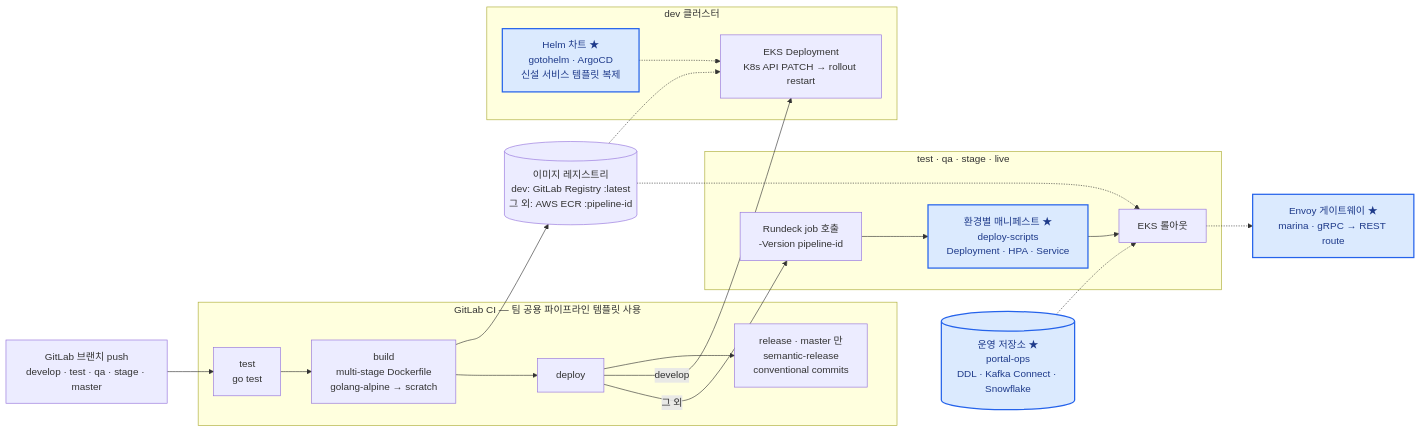
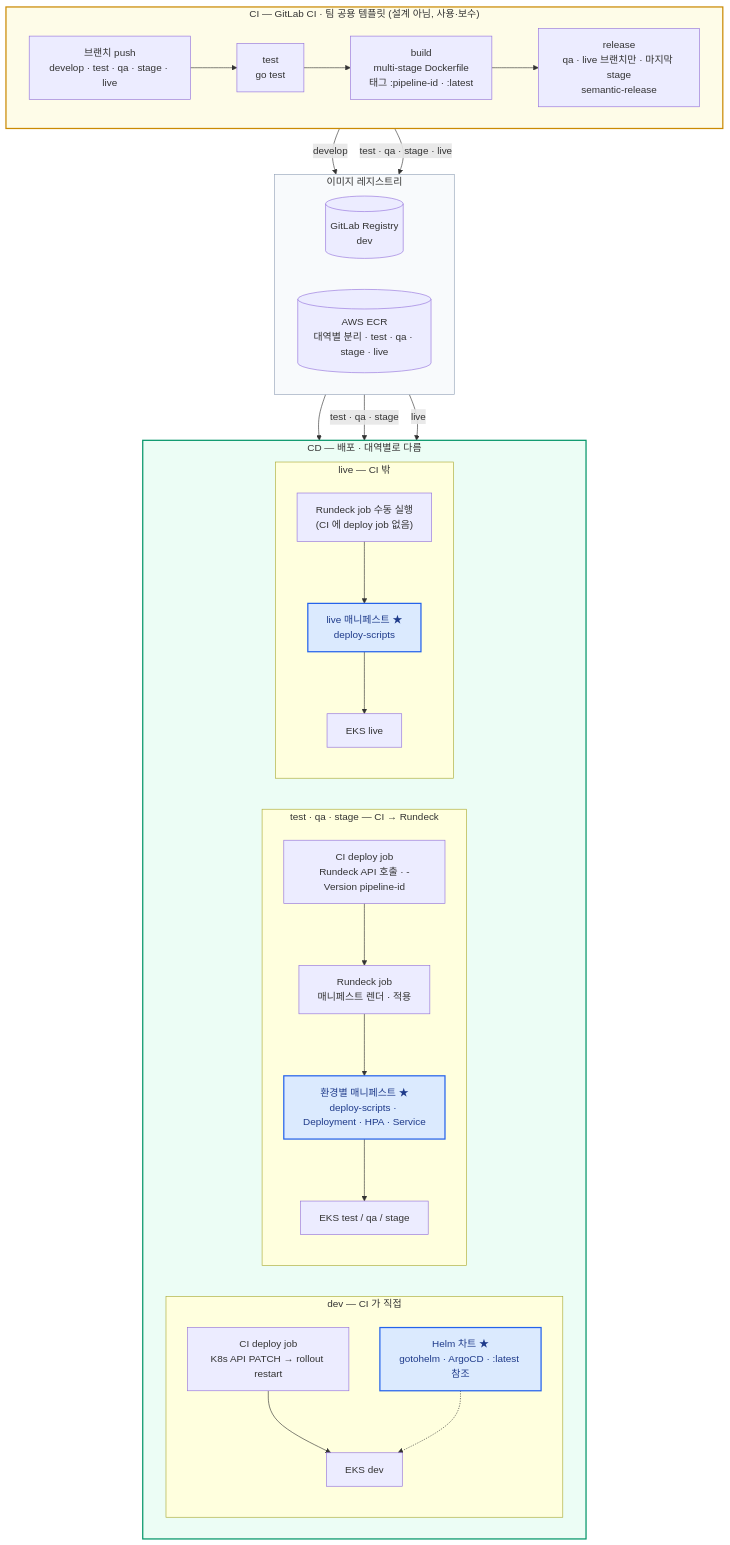
Before and after one commit to shalwxy/career: the diagram in content/diagrams/cicd.mmd, drawn with Mermaid. The commit also changed 6 other files, not shown here.

Commit message:
CI/CD 도식: CI/CD 영역 구분, 대역별 흐름 재검증 반영 (live 는 CI 밖 Rundeck, test·qa·stage 는 CI→Rundeck, dev 는 CI→K8s API)

```diff
--- a/content/diagrams/cicd.mmd
+++ b/content/diagrams/cicd.mmd
@@ -1,33 +1,52 @@
-%% title: CI/CD — 브랜치 push 부터 EKS 롤아웃까지 (팀 공용 파이프라인 · ★ = 기존 패턴을 복제해 직접 추가·보수한 설정)
-%% title_en: CI/CD — from branch push to EKS rollout (team pipeline · ★ = config I added or maintained by copying existing patterns)
-flowchart LR
-    BR[GitLab 브랜치 push<br/>develop · test · qa · stage · master]
-    subgraph CI[GitLab CI — 팀 공용 파이프라인 템플릿 사용]
-        T[test<br/>go test]
-        B[build<br/>multi-stage Dockerfile<br/>golang-alpine → scratch]
-        D[deploy]
-        R[release · master 만<br/>semantic-release<br/>conventional commits]
+%% title: CI/CD — 대역별 흐름 (★ = 기존 패턴을 복제해 직접 추가·보수한 설정)
+%% title_en: CI/CD — per-environment flow (★ = config I added or maintained by copying existing patterns)
+flowchart TB
+    subgraph CI["CI — GitLab CI · 팀 공용 템플릿 (설계 아님, 사용·보수)"]
+        direction LR
+        BR["브랜치 push<br/>develop · test · qa · stage · live"]
+        T["test<br/>go test"]
+        B["build<br/>multi-stage Dockerfile<br/>태그 :pipeline-id · :latest"]
+        REL["release<br/>qa · live 브랜치만 · 마지막 stage<br/>semantic-release"]
+        BR --> T --> B --> REL
     end
-    REG[(이미지 레지스트리<br/>dev: GitLab Registry :latest<br/>그 외: AWS ECR :pipeline-id)]
-    subgraph DEV[dev 클러스터]
-        H[Helm 차트 ★<br/>gotohelm · ArgoCD<br/>신설 서비스 템플릿 복제]
-        K1[EKS Deployment<br/>K8s API PATCH → rollout restart]
+    subgraph REG["이미지 레지스트리"]
+        direction LR
+        R1[("GitLab Registry<br/>dev")]
+        R2[("AWS ECR<br/>대역별 분리 · test · qa · stage · live")]
     end
-    subgraph OPS[test · qa · stage · live]
-        RD[Rundeck job 호출<br/>-Version pipeline-id]
-        M[환경별 매니페스트 ★<br/>deploy-scripts<br/>Deployment · HPA · Service]
-        K2[EKS 롤아웃]
+    subgraph CD["CD — 배포 · 대역별로 다름"]
+        direction LR
+        subgraph DEVL["dev — CI 가 직접"]
+            direction TB
+            D1["CI deploy job<br/>K8s API PATCH → rollout restart"]
+            H["Helm 차트 ★<br/>gotohelm · ArgoCD · :latest 참조"]
+            K1["EKS dev"]
+            D1 --> K1
+            H -.-> K1
+        end
+        subgraph TQS["test · qa · stage — CI → Rundeck"]
+            direction TB
+            D2["CI deploy job<br/>Rundeck API 호출 · -Version pipeline-id"]
+            RD["Rundeck job<br/>매니페스트 렌더 · 적용"]
+            M["환경별 매니페스트 ★<br/>deploy-scripts · Deployment · HPA · Service"]
+            K2["EKS test / qa / stage"]
+            D2 --> RD --> M --> K2
+        end
+        subgraph LIVE["live — CI 밖"]
+            direction TB
+            RL["Rundeck job 수동 실행<br/>(CI 에 deploy job 없음)"]
+            ML["live 매니페스트 ★<br/>deploy-scripts"]
+            K3["EKS live"]
+            RL --> ML --> K3
+        end
     end
-    GW[Envoy 게이트웨이 ★<br/>marina · gRPC → REST route]
-    OPSREPO[(운영 저장소 ★<br/>portal-ops<br/>DDL · Kafka Connect · Snowflake)]
-    BR --> T --> B --> REG
-    B --> D --> R
-    D -- develop --> K1
-    H -.-> K1
-    D -- 그 외 --> RD --> M --> K2
-    REG -.-> K1
-    REG -.-> K2
-    K2 -.-> GW
-    OPSREPO -.-> K2
+    B -- develop --> R1
+    B -- "test · qa · stage · live" --> R2
+    R1 --> D1
+    R2 -- "test · qa · stage" --> D2
+    R2 -- live --> RL
     classDef mine fill:#dbeafe,stroke:#2563eb,stroke-width:2px,color:#1e3a8a
-    class H,M,GW,OPSREPO mine
+    class H,M,ML mine
+    style CI fill:#fefce8,stroke:#ca8a04,stroke-width:2px
+    style CD fill:#ecfdf5,stroke:#059669,stroke-width:2px
+    style REG fill:#f8fafc,stroke:#94a3b8
```
